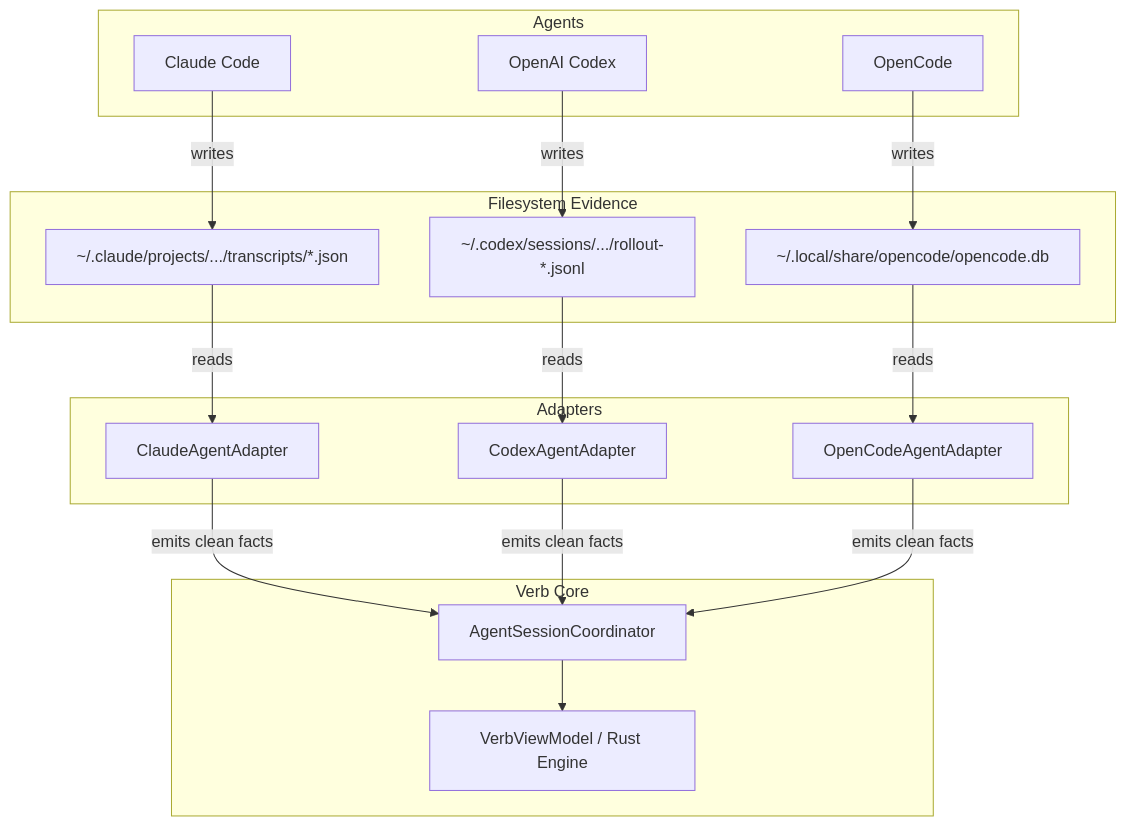
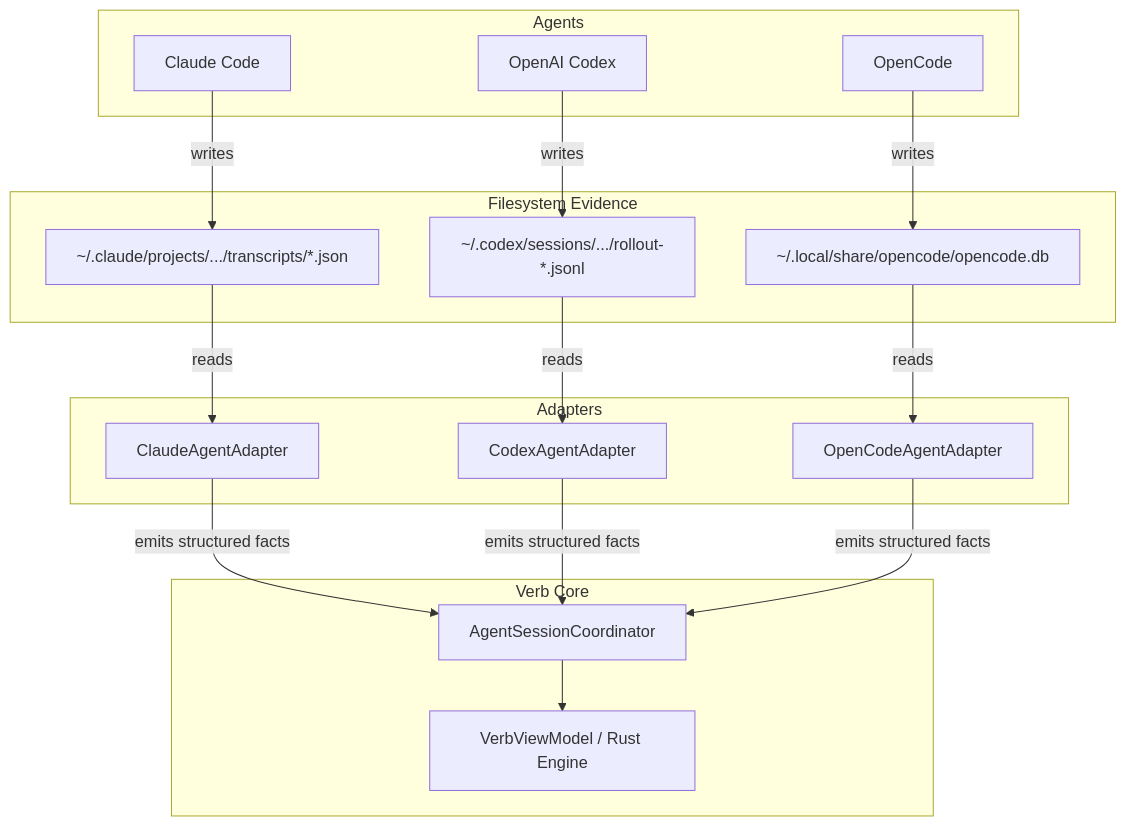
The diagram in docs/learn/04_agent_adapters_and_evidence.md (ShaileshRawat1403/verb), drawn with Mermaid before and after one commit. The commit also changed other lines of this file and 6 other files, not shown here.

Commit message:
docs(learn): refine educational guide series without emojis/em-dashes, adding open-source references and visual architecture diagrams

````diff
--- a/docs/learn/04_agent_adapters_and_evidence.md
+++ b/docs/learn/04_agent_adapters_and_evidence.md
@@ -20,39 +20,39 @@
 ```mermaid
 graph TD
     subgraph Agents
         C[Claude Code]
         O[OpenAI Codex]
         OP[OpenCode]
     end
 
     subgraph Filesystem Evidence
         CF["~/.claude/projects/.../transcripts/*.json"]
         OF["~/.codex/sessions/.../rollout-*.jsonl"]
         OPF["~/.local/share/opencode/opencode.db"]
     end
 
     subgraph Adapters
         CA[ClaudeAgentAdapter]
         OA[CodexAgentAdapter]
         OPA[OpenCodeAgentAdapter]
     end
 
     subgraph Verb Core
         SC[AgentSessionCoordinator]
         VM[VerbViewModel / Rust Engine]
     end
 
     C -->|writes| CF
     O -->|writes| OF
     OP -->|writes| OPF
 
     CF -->|reads| CA
     OF -->|reads| OA
     OPF -->|reads| OPA
 
-    CA -->|emits clean facts| SC
-    OA -->|emits clean facts| SC
-    OPA -->|emits clean facts| SC
+    CA -->|emits structured facts| SC
+    OA -->|emits structured facts| SC
+    OPA -->|emits structured facts| SC
 
     SC --> VM
 ```
````
